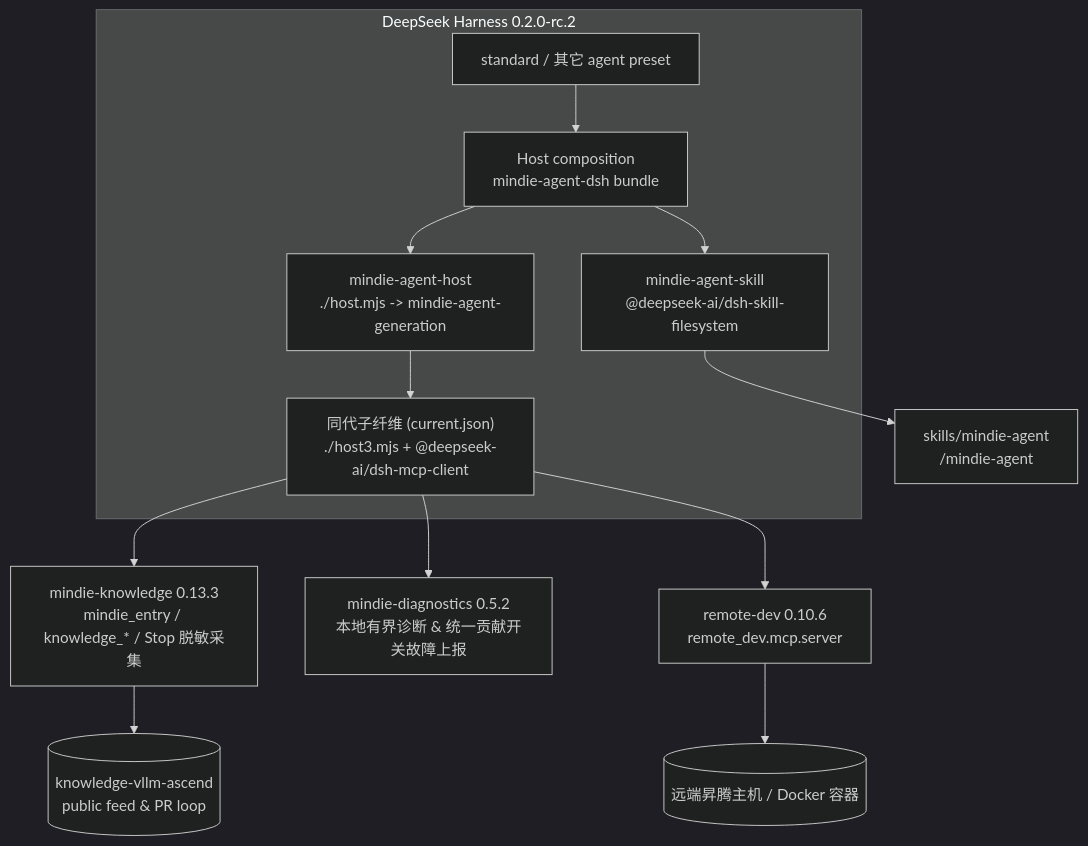
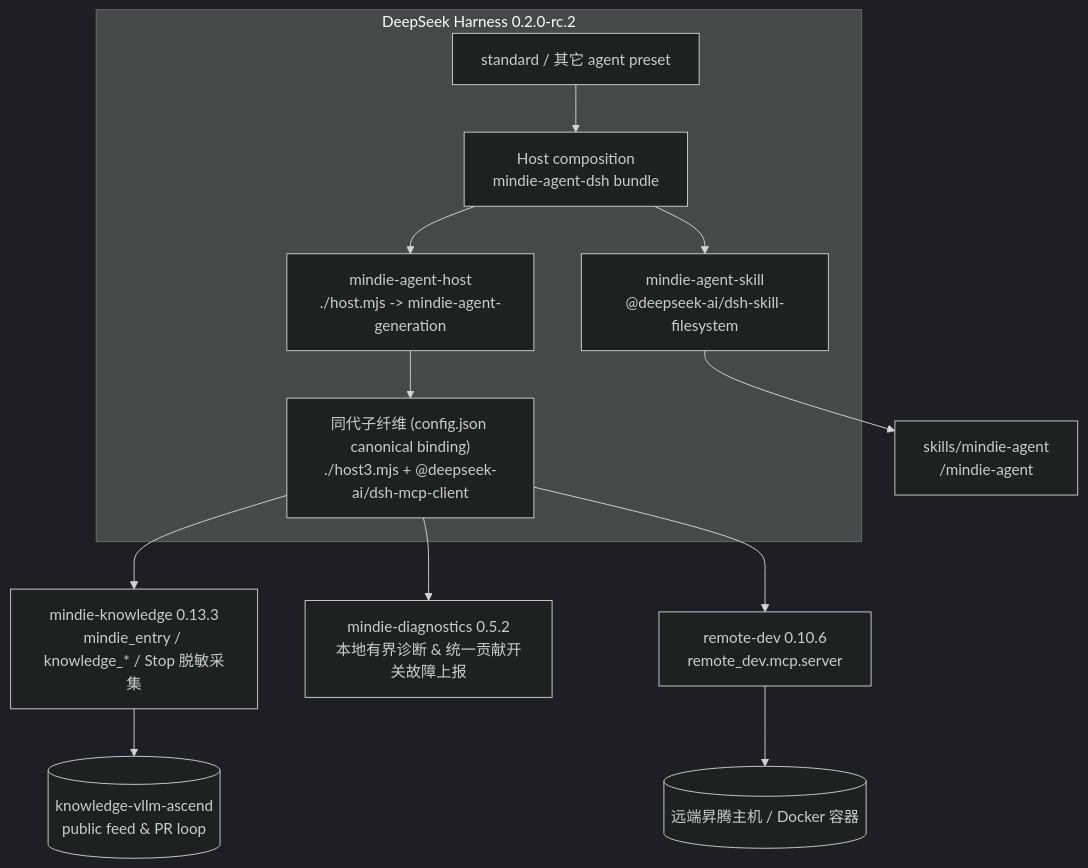
The diagram in README.md (mindie-agent/mindie-agent-dsh), drawn with Mermaid (dark theme) before and after one commit. The commit also changed other lines of this file and 7 other files, not shown here.

````diff
--- a/README.md
+++ b/README.md
@@ -200,20 +200,20 @@
 ```mermaid
 flowchart TB
   subgraph DSH["DeepSeek Harness 0.2.0-rc.2"]
     HOST["Host composition<br/>mindie-agent-dsh bundle"]
     STD["standard / 其它 agent preset"]
     SKILL["mindie-agent-skill<br/>@deepseek-ai/dsh-skill-filesystem"]
     HPLUG["mindie-agent-host<br/>./host.mjs -> mindie-agent-generation"]
-    GEN["同代子纤维 (current.json)<br/>./host3.mjs + @deepseek-ai/dsh-mcp-client"]
+    GEN["同代子纤维 (config.json canonical binding)<br/>./host3.mjs + @deepseek-ai/dsh-mcp-client"]
     STD --> HOST
     HOST --> SKILL
     HOST --> HPLUG
     HPLUG --> GEN
   end
   SKILL --> SK["skills/mindie-agent<br/>/mindie-agent"]
   GEN --> KS["mindie-knowledge 0.13.3<br/>mindie_entry / knowledge_* / Stop 脱敏采集"]
   GEN --> DIAG["mindie-diagnostics 0.5.2<br/>本地有界诊断 & 统一贡献开关故障上报"]
   KS --> FEED[("knowledge-vllm-ascend<br/>public feed & PR loop")]
   GEN --> RD["remote-dev 0.10.6<br/>remote_dev.mcp.server"]
   RD --> NPU[("远端昇腾主机 / Docker 容器")]
 ```
````
